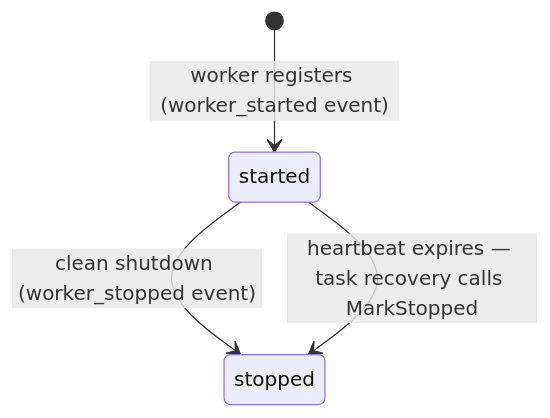
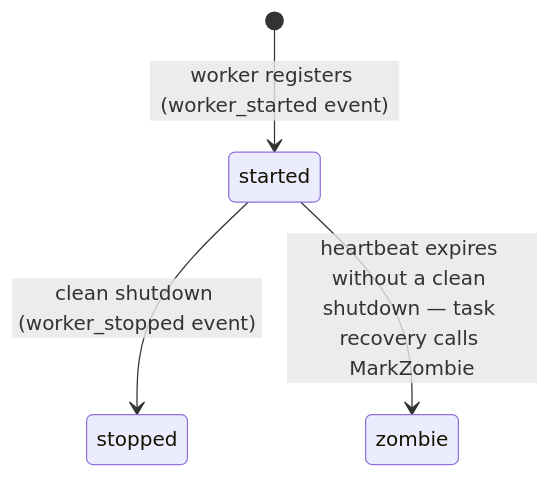
Before and after one commit to broadinstitute/sparklespray: the third of 4 diagrams in v100/cluster-health.md, drawn with Mermaid. The commit also changed other lines of this file and 6 other files, not shown here.

````diff
--- a/v100/cluster-health.md
+++ b/v100/cluster-health.md
@@ -74,6 +74,6 @@
 ```mermaid
 stateDiagram-v2
     [*] --> started: worker registers (worker_started event)
     started --> stopped: clean shutdown (worker_stopped event)
-    started --> stopped: heartbeat expires — task recovery calls MarkStopped
+    started --> zombie: heartbeat expires without a clean shutdown — task recovery calls MarkZombie
 ```
````
